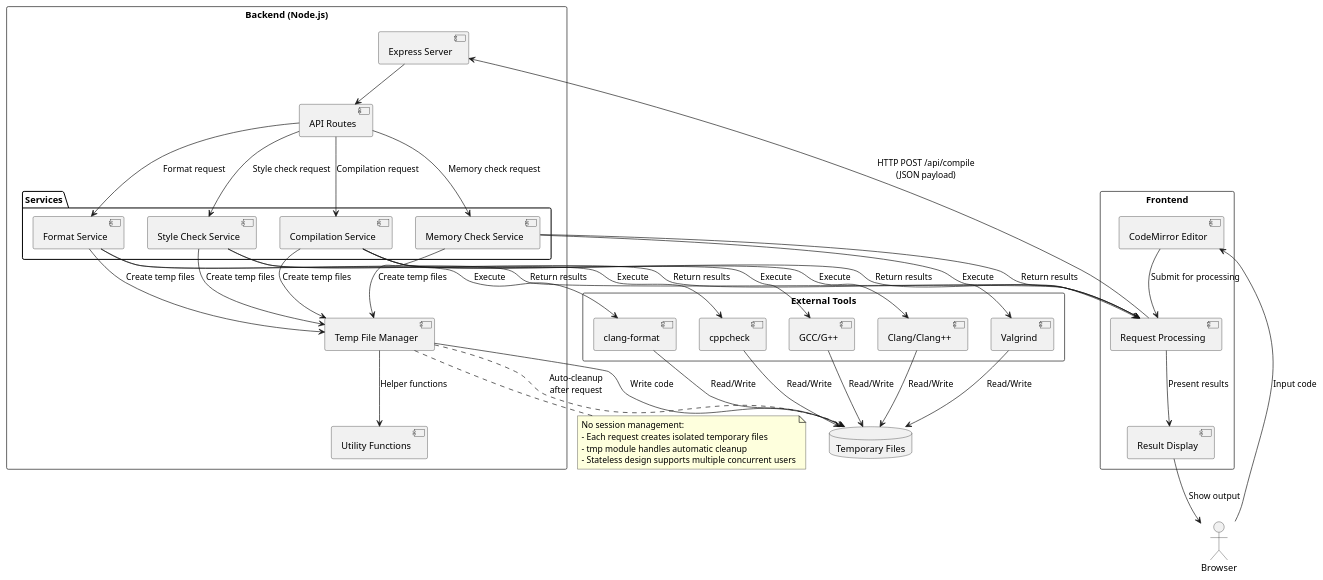
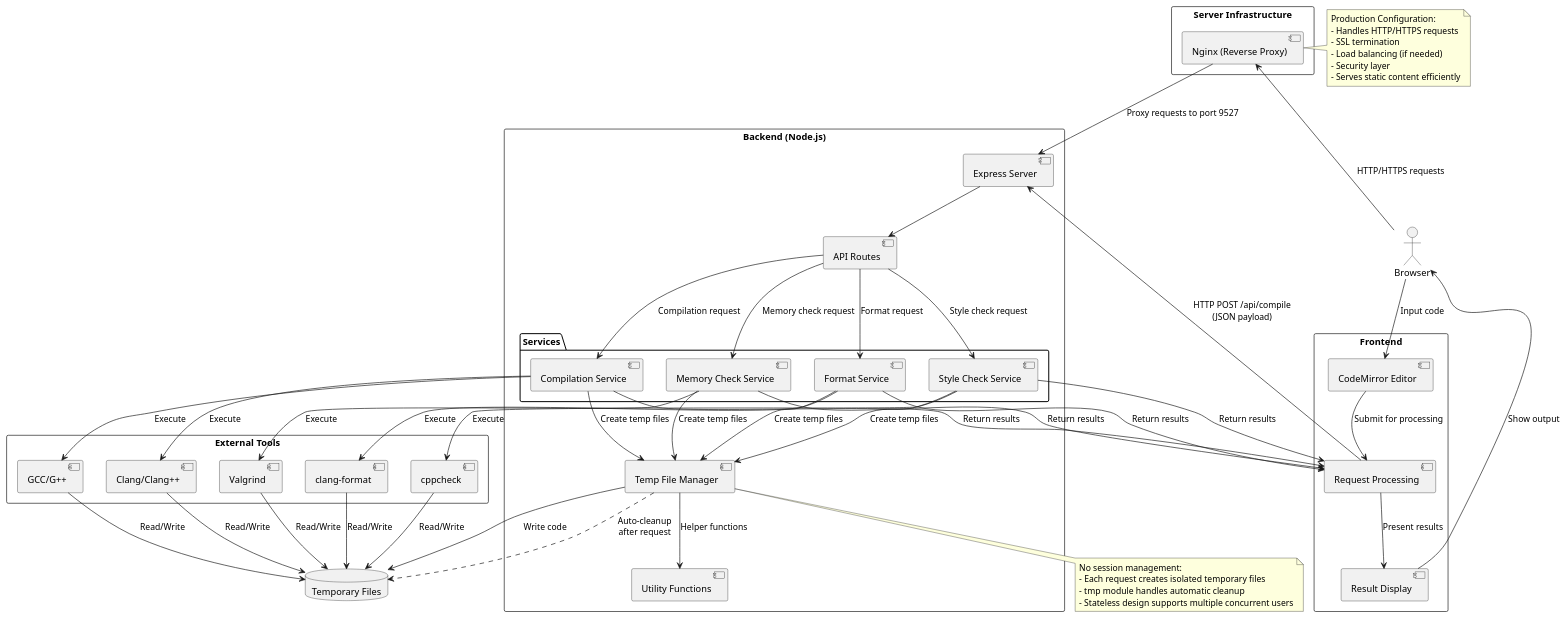
Before and after one commit to Pp3ng/CinCout: the diagram in RM-assets/arch.puml, drawn with PlantUML. The commit also changed 2 other files, not shown here.

Commit message:
docs: enhance README with PM2 and Nginx setup instructions for background service management

```diff
--- a/RM-assets/arch.puml
+++ b/RM-assets/arch.puml
@@ -1,83 +1,98 @@
 @startuml Architecture
 
 ' Define actors and components
 actor "Browser" as Browser
+rectangle "Server Infrastructure" {
+  component "Nginx (Reverse Proxy)" as Nginx
+}
+
 rectangle "Frontend" {
   component "CodeMirror Editor" as Editor
   component "Request Processing" as FrontProc
   component "Result Display" as Display
 }
 
 rectangle "Backend (Node.js)" {
   component "Express Server" as Express
   component "API Routes" as Routes
   component "Temp File Manager" as TempMgr
   
   package "Services" {
     component "Compilation Service" as CompileService
     component "Memory Check Service" as MemcheckService
     component "Format Service" as FormatService
     component "Style Check Service" as StyleService
   }
   
   component "Utility Functions" as Utils
 }
 
 rectangle "External Tools" {
   component "GCC/G++" as GCC
   component "Clang/Clang++" as Clang
   component "Valgrind" as Valgrind
   component "clang-format" as ClangFormat
   component "cppcheck" as Cppcheck
 }
 
 database "Temporary Files" as TempFiles
 
 ' Define relationships
+Browser --> Nginx : HTTP/HTTPS requests
+Nginx --> Express : Proxy requests to port 9527
 Browser --> Editor : Input code
 Editor --> FrontProc : Submit for processing
 FrontProc --> Express : HTTP POST /api/compile\n(JSON payload)
 Express --> Routes
 Routes --> CompileService : Compilation request
 Routes --> MemcheckService : Memory check request
 Routes --> FormatService : Format request
 Routes --> StyleService : Style check request
 
 CompileService --> TempMgr : Create temp files
 MemcheckService --> TempMgr : Create temp files
 FormatService --> TempMgr : Create temp files
 StyleService --> TempMgr : Create temp files
 
 TempMgr --> TempFiles : Write code
 TempMgr --> Utils : Helper functions
 
 CompileService --> GCC : Execute
 CompileService --> Clang : Execute
 MemcheckService --> Valgrind : Execute
 FormatService --> ClangFormat : Execute
 StyleService --> Cppcheck : Execute
 
 GCC --> TempFiles : Read/Write
 Clang --> TempFiles : Read/Write
 Valgrind --> TempFiles : Read/Write
 ClangFormat --> TempFiles : Read/Write
 Cppcheck --> TempFiles : Read/Write
 
 CompileService --> FrontProc : Return results
 MemcheckService --> FrontProc : Return results
 FormatService --> FrontProc : Return results
 StyleService --> FrontProc : Return results
 
 FrontProc --> Display : Present results
 Display --> Browser : Show output
 
 TempMgr ..> TempFiles : Auto-cleanup\nafter request
 
 note bottom of TempMgr
   No session management:
   - Each request creates isolated temporary files
   - tmp module handles automatic cleanup
   - Stateless design supports multiple concurrent users
 end note
 
+note right of Nginx
+  Production Configuration:
+  - Handles HTTP/HTTPS requests
+  - SSL termination
+  - Load balancing (if needed)
+  - Security layer
+  - Serves static content efficiently
+end note
+
 @enduml
```
